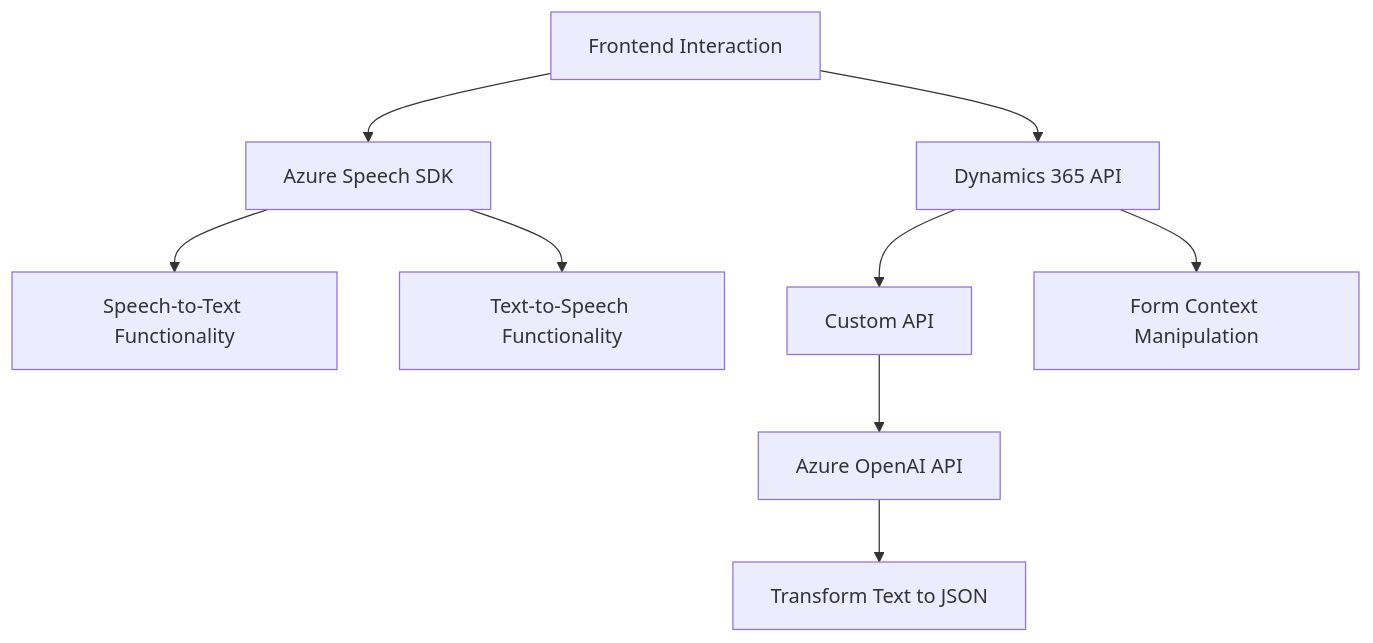
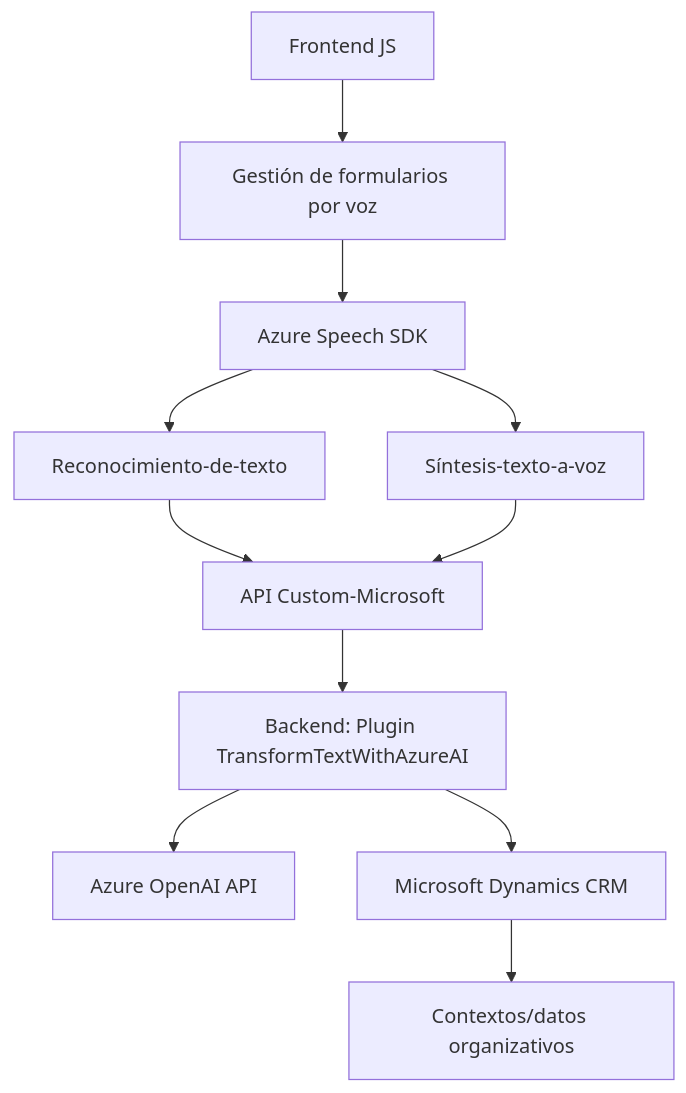
One commit to blopezdm/NETCORE_BILBAO2025 changed the diagram in README.md. Above: the diagram before and after it, drawn with Mermaid. The commit also changed other lines of this file, not shown here.

````diff
--- a/README.md
+++ b/README.md
@@ -35,11 +50,13 @@
 ```mermaid
 graph TD
-    A["Frontend Interaction"] --> B["Azure Speech SDK"]
-    A --> C["Dynamics 365 API"]
-    B --> D["Speech-to-Text Functionality"]
-    B --> E["Text-to-Speech Functionality"]
-    C --> F["Custom API"]
-    F --> G["Azure OpenAI API"]
-    G --> H["Transform Text to JSON"]
-    C --> I["Form Context Manipulation"]
+    A["Frontend JS"] --> B["Gestión de formularios por voz"]
+    B --> C["Azure Speech SDK"]
+    C --> D["Reconocimiento-de-texto"]
+    C --> E["Síntesis-texto-a-voz"]
+    D --> F["API Custom-Microsoft"]
+    E --> F["API Custom-Microsoft"]
+    F --> G["Backend: Plugin TransformTextWithAzureAI"]
+    G --> H["Azure OpenAI API"]
+    G --> I["Microsoft Dynamics CRM"]
+    I --> J["Contextos/datos organizativos"]
 ```
````
